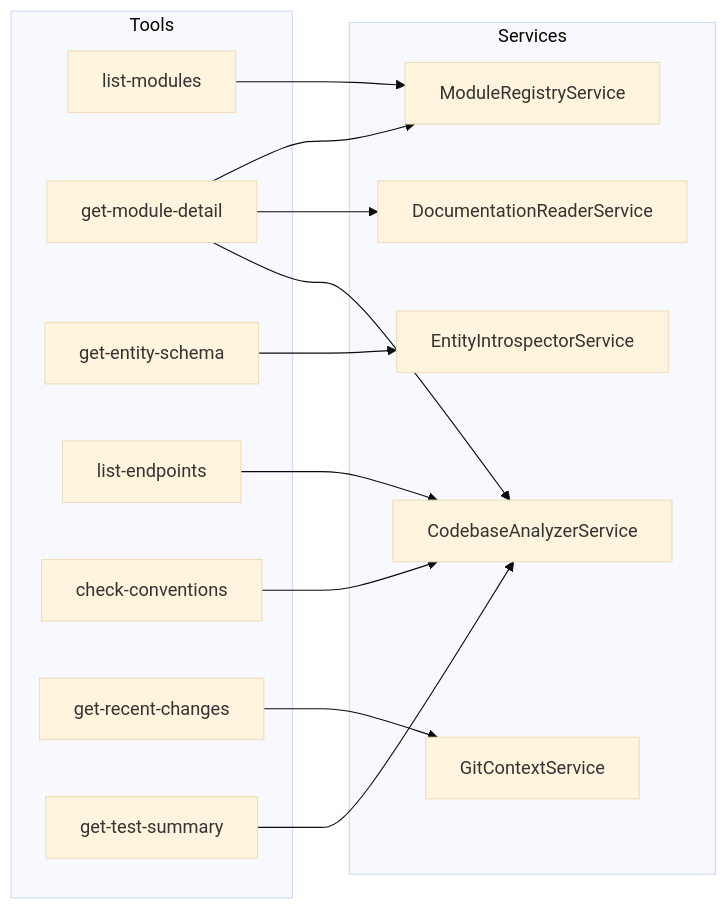
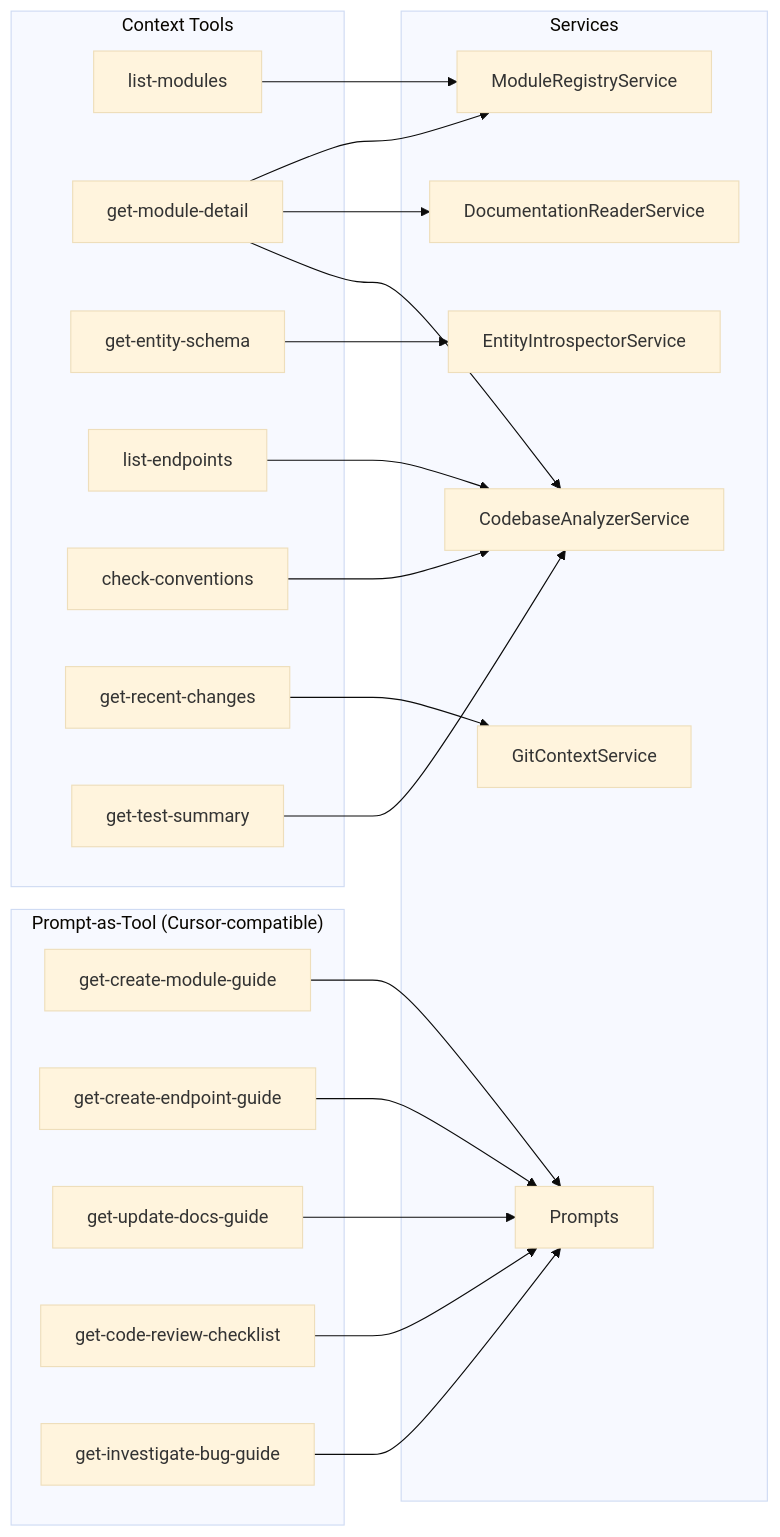
Before and after one commit to hbarbosa02/alaz-mcp-nestjs: the ninth of 12 diagrams in docs/MCP-FLOWS-AND-ARCHITECTURE.md, drawn with Mermaid (base theme). The commit also changed other lines of this file and 2 other files, not shown here.

Commit message:
docs: update MCP architecture, server, and setup for prompt-as-tool tools

````diff
--- a/docs/MCP-FLOWS-AND-ARCHITECTURE.md
+++ b/docs/MCP-FLOWS-AND-ARCHITECTURE.md
@@ -266,30 +266,44 @@
 ```mermaid
 flowchart LR
-    subgraph Tools
+    subgraph Tools["Context Tools"]
         T1[list-modules]
         T2[get-module-detail]
         T3[get-entity-schema]
         T4[list-endpoints]
         T5[check-conventions]
         T6[get-recent-changes]
         T7[get-test-summary]
     end
 
+    subgraph GuideTools["Prompt-as-Tool (Cursor-compatible)"]
+        T8[get-create-module-guide]
+        T9[get-create-endpoint-guide]
+        T10[get-update-docs-guide]
+        T11[get-code-review-checklist]
+        T12[get-investigate-bug-guide]
+    end
+
     subgraph Services
         MR[ModuleRegistryService]
         EI[EntityIntrospectorService]
         CA[CodebaseAnalyzerService]
         DR[DocumentationReaderService]
         GC[GitContextService]
+        Prompts[Prompts]
     end
 
     T1 --> MR
     T2 --> MR
     T2 --> DR
     T2 --> CA
     T3 --> EI
     T4 --> CA
     T5 --> CA
     T6 --> GC
     T7 --> CA
+    T8 --> Prompts
+    T9 --> Prompts
+    T10 --> Prompts
+    T11 --> Prompts
+    T12 --> Prompts
 ```
````
